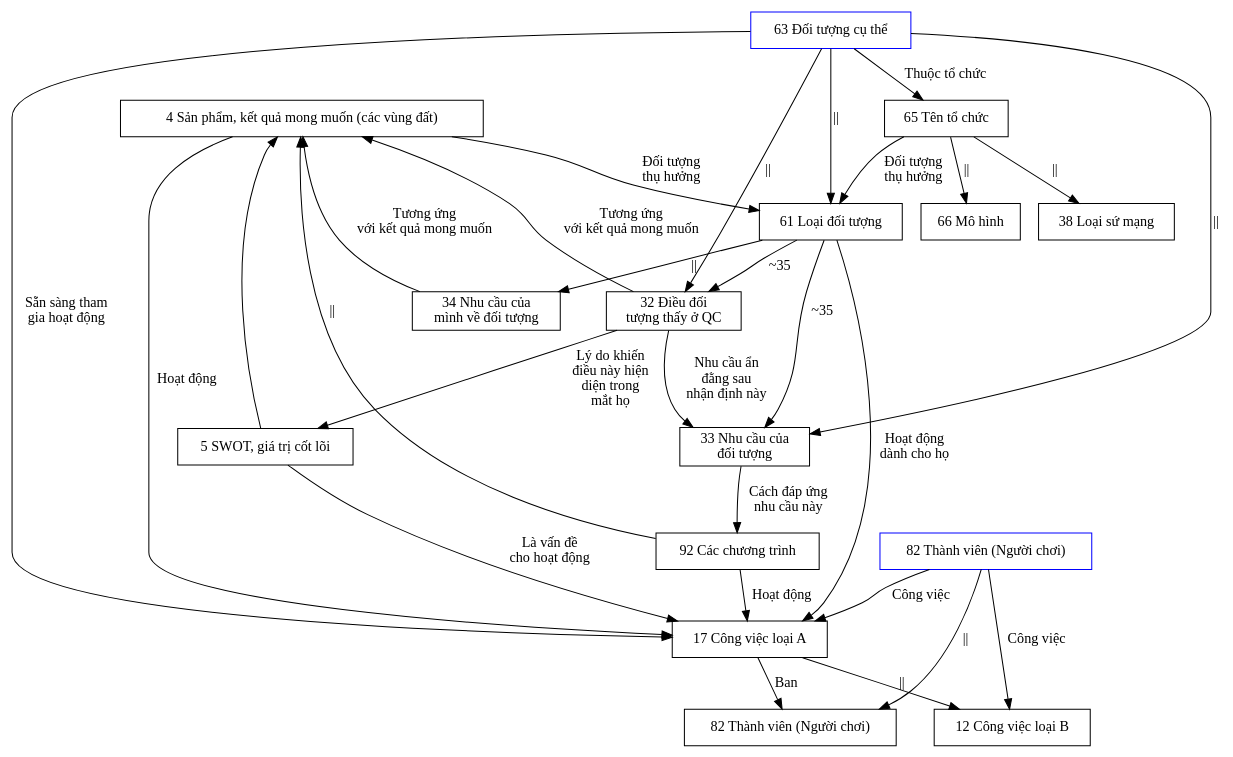
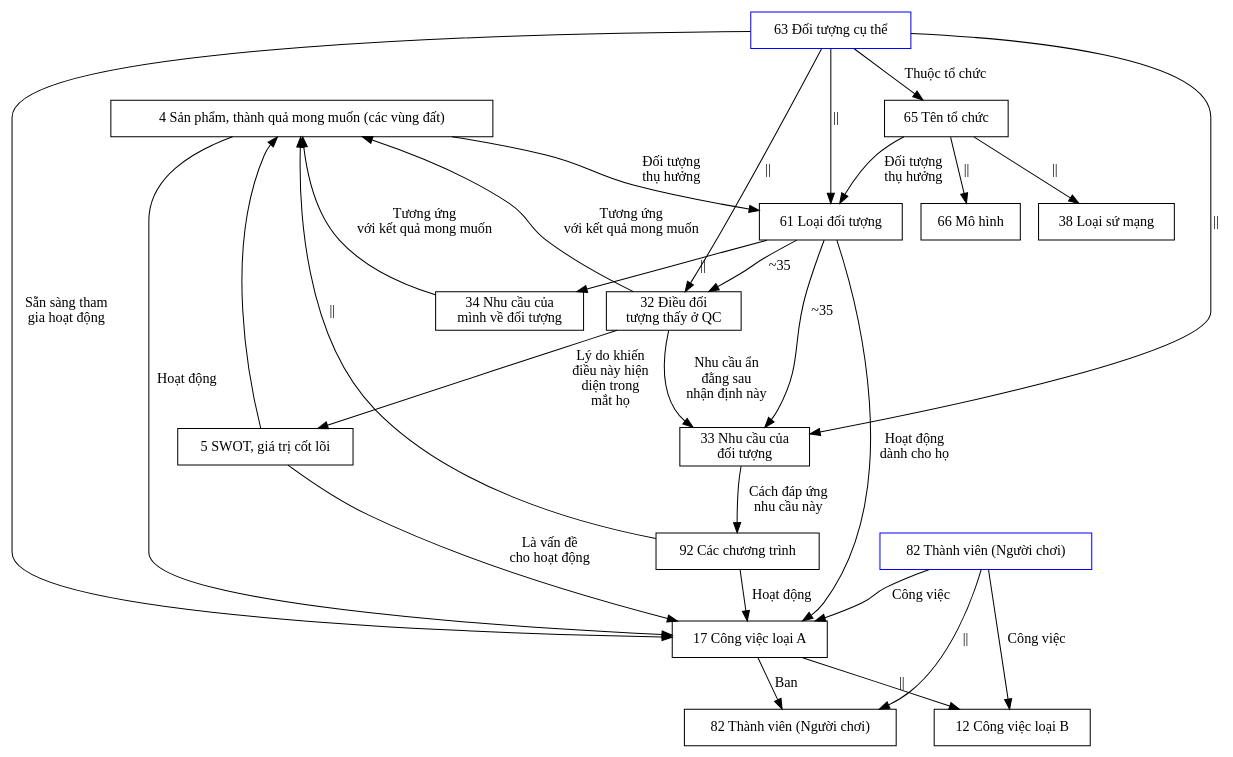
One commit to QuaCau-TheSphere/LandofSpheres changed the first of 2 diagrams in 9 Tài liệu khác/91 Phần mềm/912 Tính năng/9123 Cấp độ vault/Lược đồ dữ liệu.md. Above: the diagram before and after it, drawn with Graphviz. The commit also changed 321 other files, not shown here.

Commit message:
Đổi tên: ❝Kết quả mong muốn❞ → ❝Thành quả mong muốn (outcome)❞, ❝Sản phẩm nhỏ hơn❞ → ❝Thành phẩm nhỏ hơn (output)❞

````diff
--- a/9 Tài liệu khác/91 Phần mềm/912 Tính năng/9123 Cấp độ vault/Lược đồ dữ liệu.md
+++ b/9 Tài liệu khác/91 Phần mềm/912 Tính năng/9123 Cấp độ vault/Lược đồ dữ liệu.md
@@ -5,55 +5,55 @@
 ```dot
 digraph {
 overlap = scale
 //overlap = false;
 splines = true
 
 node [shape=round] 
-2 [label="4 Sản phẩm, kết quả mong muốn (các vùng đất)"] 
+2 [label="4 Sản phẩm, thành quả mong muốn (các vùng đất)"] 
 4 [label="5 SWOT, giá trị cốt lõi"] 
 
 11 [label="17 Công việc loại A"] 
 12 [label="12 Công việc loại B"] 
 
 31 [label="61 Loại đối tượng"] 
 32 [label="32 Điều đối\ntượng thấy ở QC"] 
 33 [label="33 Nhu cầu của\nđối tượng"] 
 34 [label="34 Nhu cầu của\nmình về đối tượng"] 
 35 [label="63 Đối tượng cụ thể" color=blue] 
 36 [label="65 Tên tổ chức"] 
 37 [label="66 Mô hình"] 
 38 [label="38 Loại sứ mạng"] 
 
 61 [label="82 Thành viên (Người chơi)"] 
 62 [label="82 Thành viên (Người chơi)" color=blue] 
 
 92 [label="92 Các chương trình"]
 
 35 -> {31,32, 33} [label="||" ]
 31 -> {32} [label="~35"] 
 31 -> 33 [label="~35"] 
 31 -> 34 [label="||"] 
 32 -> 4 [label="Lý do khiến\nđiều này hiện\ndiện trong\nmắt họ"] 
 32 -> 33 [label="Nhu cầu ẩn\nđằng sau\nnhận định này"] 
 {34, 32} -> 2 [label="Tương ứng\nvới kết quả mong muốn" ] 
 35 -> 36 [label="Thuộc tổ chức"]
 36 -> {37, 38} [label="||"]
 36 -> 31 [label="Đối tượng\nthụ hưởng"]
 33 -> 92 [label="Cách đáp ứng\nnhu cầu này"]
 92 -> 11 [label="Hoạt động"]
 
 35 -> 11 [label="Sẵn sàng tham\ngia hoạt động"]
 31 -> 11 [label="Hoạt động\ndành cho họ"]
 2 -> 11 [label="Hoạt động"] 
 2 -> 31 [label="Đối tượng\nthụ hưởng"]
 4 -> 11 [label="Là vấn đề\ncho hoạt động"]
 92 -> 2 [label="||"]
 4 -> 2
 
 11 -> 12 [label="||"]
 11 -> 61 [label="Ban"]
 
 62 -> {11, 12} [label="Công việc"]
 62 -> 61 [label="||"]
 }
 ```
````
